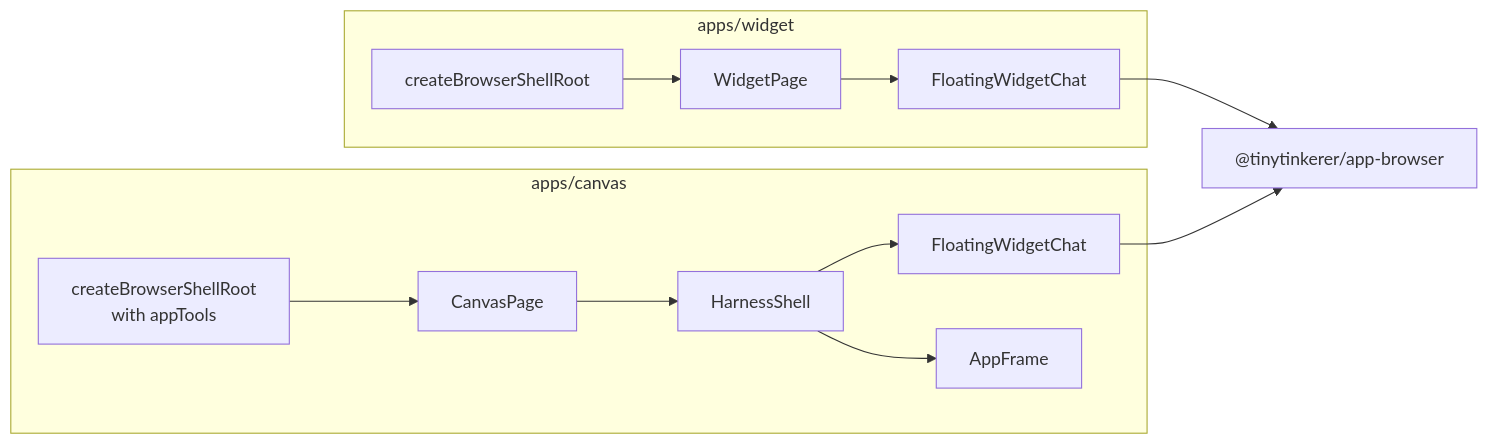
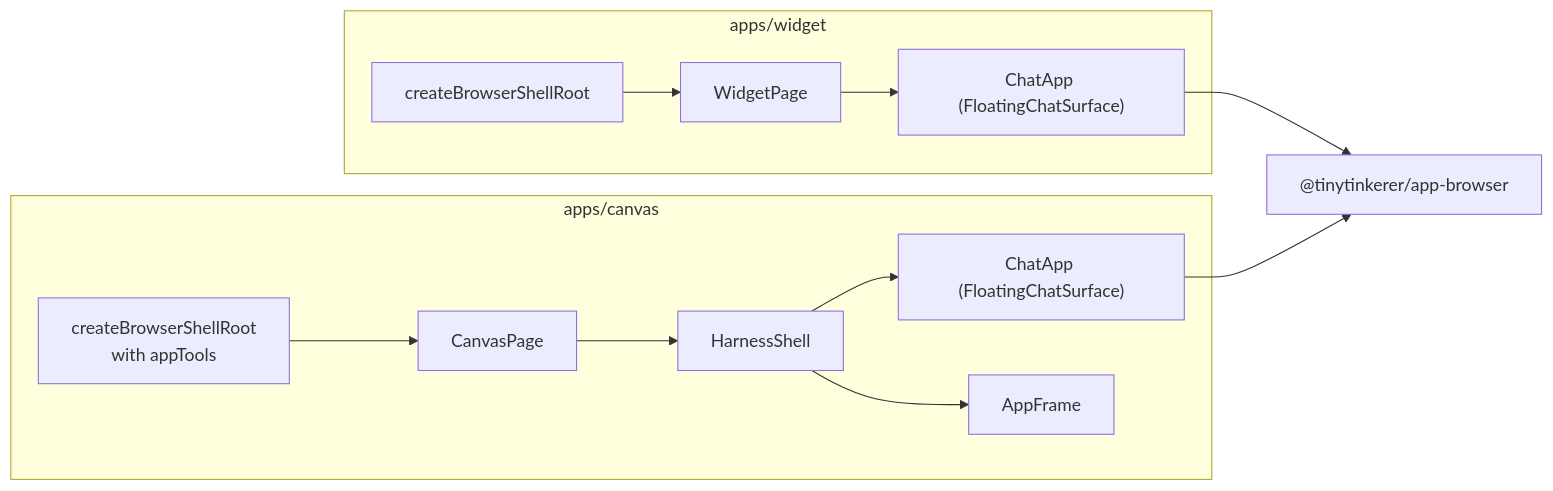
The tenth of 12 diagrams in docs/app-harness.md (NNTin/tinytinkerer), drawn with Mermaid before and after one commit. The commit also changed other lines of this file and 2 other files, not shown here.

First line of the commit message:
docs: update architecture docs for the #325 shared-App + single-document root

````diff
--- a/docs/app-harness.md
+++ b/docs/app-harness.md
@@ -631,24 +635,24 @@
 ```mermaid
 flowchart LR
   subgraph widget["apps/widget"]
     widgetMain["createBrowserShellRoot"]
     widgetPage["WidgetPage"]
-    widgetChat["FloatingWidgetChat"]
+    widgetChat["ChatApp (FloatingChatSurface)"]
     widgetMain --> widgetPage --> widgetChat
   end
 
   subgraph canvas["apps/canvas"]
     canvasMain["createBrowserShellRoot<br/>with appTools"]
     canvasPage["CanvasPage"]
     harnessShell["HarnessShell"]
-    canvasChat["FloatingWidgetChat"]
+    canvasChat["ChatApp (FloatingChatSurface)"]
     appFrame["AppFrame"]
     canvasMain --> canvasPage --> harnessShell
     harnessShell --> canvasChat
     harnessShell --> appFrame
   end
 
   shared["@tinytinkerer/app-browser"]
   widgetChat --> shared
   canvasChat --> shared
 ```
````
